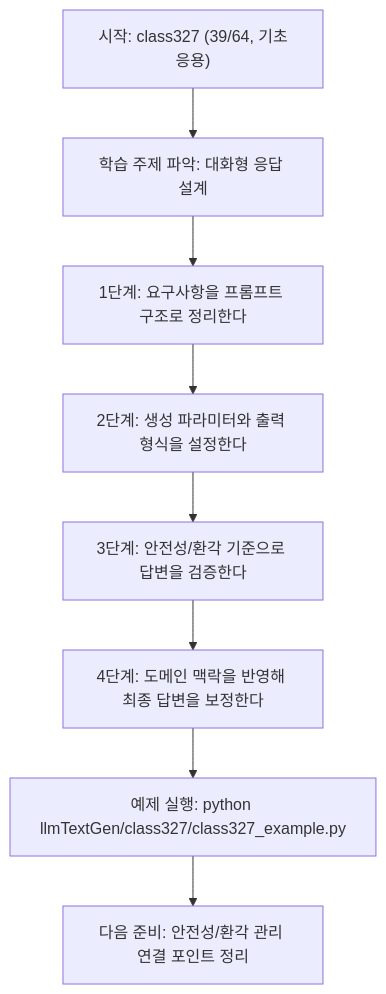
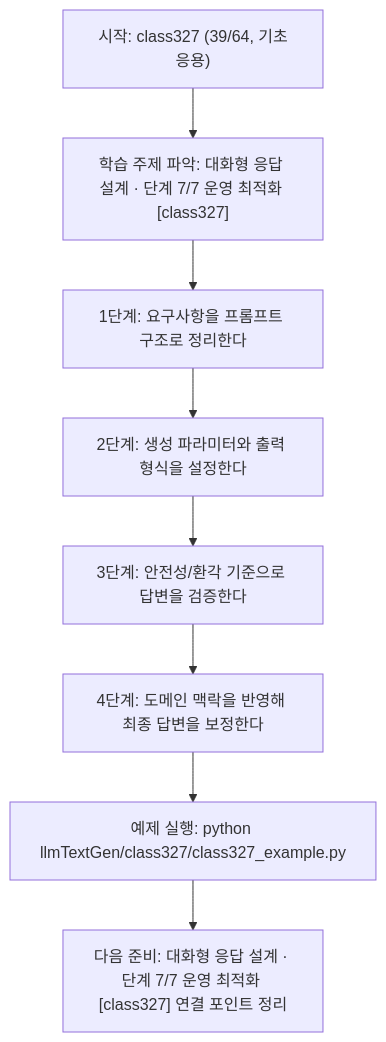
The diagram in llmTextGen/class327/class327.md (edumgt/Python-AI_Agent-Class), drawn with Mermaid before and after one commit. The commit also changed other lines of this file and 522 other files, not shown here.

````diff
--- a/llmTextGen/class327/class327.md
+++ b/llmTextGen/class327/class327.md
@@ -113,18 +114,18 @@
 ```mermaid
 flowchart TD
 N1["시작: class327 (39/64, 기초응용)"]
-N2["학습 주제 파악: 대화형 응답 설계"]
+N2["학습 주제 파악: 대화형 응답 설계 · 단계 7/7 운영 최적화 [class327]"]
 N3["1단계: 요구사항을 프롬프트 구조로 정리한다"]
 N4["2단계: 생성 파라미터와 출력 형식을 설정한다"]
 N5["3단계: 안전성/환각 기준으로 답변을 검증한다"]
 N6["4단계: 도메인 맥락을 반영해 최종 답변을 보정한다"]
 N7["예제 실행: python llmTextGen/class327/class327_example.py"]
-N8["다음 준비: 안전성/환각 관리 연결 포인트 정리"]
+N8["다음 준비: 대화형 응답 설계 · 단계 7/7 운영 최적화 [class327] 연결 포인트 정리"]
 N1 --> N2
 N2 --> N3
 N3 --> N4
 N4 --> N5
 N5 --> N6
 N6 --> N7
 N7 --> N8
 ```
````
